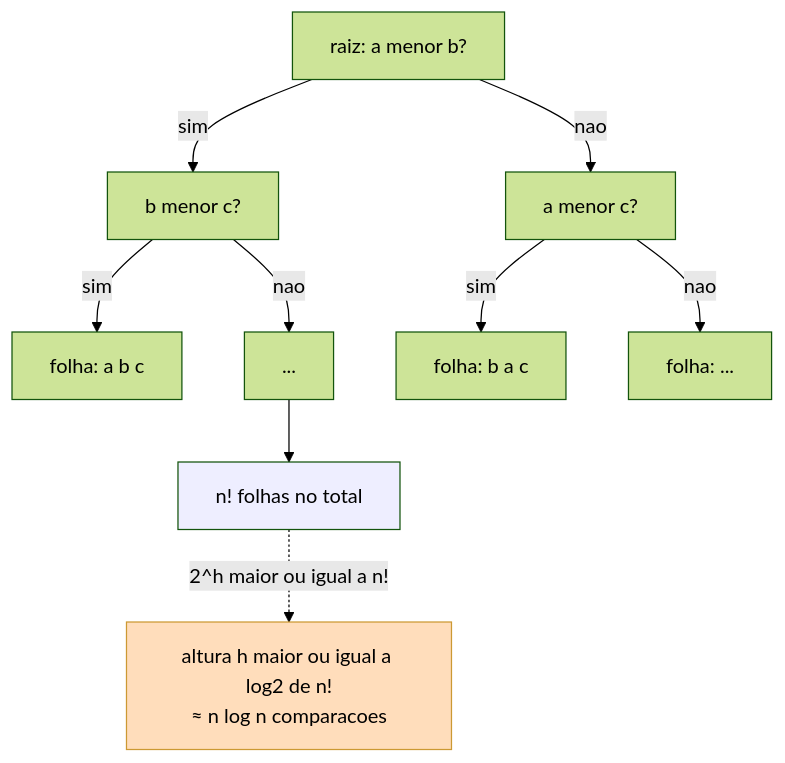
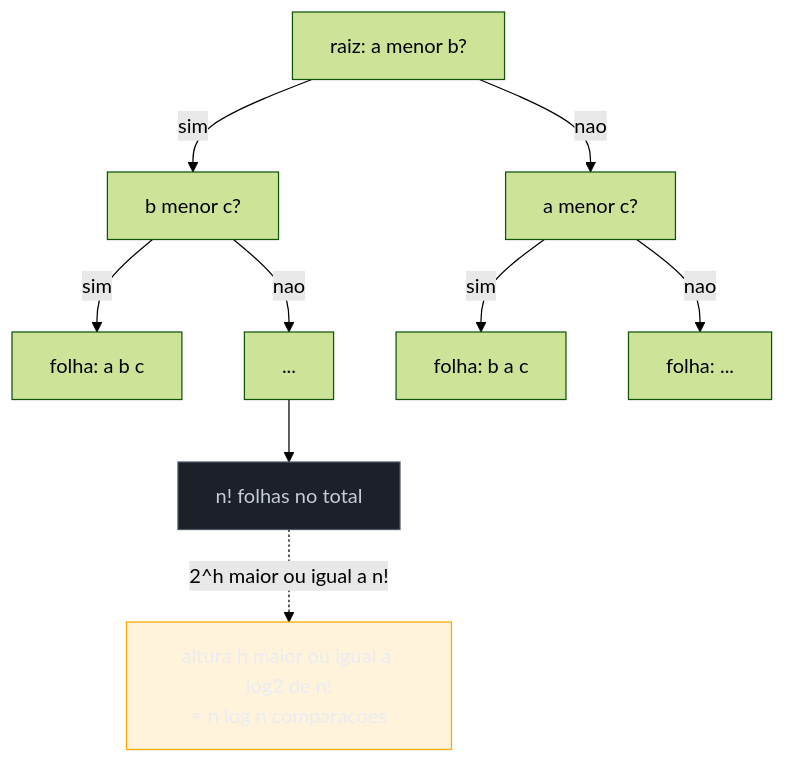
One commit to josenaldo/codex-technomanticus changed the fifth of 5 diagrams in 03-Dominios/Ciência/Matemática para Computação/12 - Princípios combinatórios - casa dos pombos e inclusão-exclusão.md. Above: the diagram before and after it, drawn with Mermaid (forest theme). The commit also changed other lines of this file and 1181 other files, not shown here.

First line of the commit message:
fix(diagramas): paleta do sistema no lugar de cor cravada no markdown

````diff
--- a/03-Dominios/Ciência/Matemática para Computação/12 - Princípios combinatórios - casa dos pombos e inclusão-exclusão.md
+++ b/03-Dominios/Ciência/Matemática para Computação/12 - Princípios combinatórios - casa dos pombos e inclusão-exclusão.md
@@ -350,13 +356,15 @@
 ```mermaid
 flowchart TD
+    classDef destaque fill:#FFAA0024,stroke:#FFAA00,color:#E9ECF2
+    classDef neutro fill:#1B2029,stroke:#4E5666,color:#C6CCD8
     R["raiz: a menor b?"] -->|sim| N1["b menor c?"]
     R -->|nao| N2["a menor c?"]
     N1 -->|sim| F1["folha: a b c"]
     N1 -->|nao| N3["..."]
     N2 -->|sim| F2["folha: b a c"]
     N2 -->|nao| F3["folha: ..."]
     N3 --> FN["n! folhas no total"]
     FN -. "2^h maior ou igual a n!" .-> ALT["altura h maior ou igual a log2 de n!<br/>≈ n log n comparacoes"]
-    style ALT fill:#fdb,stroke:#c93
-    style FN fill:#eef
+    class ALT destaque
+    class FN neutro
 ```
````
